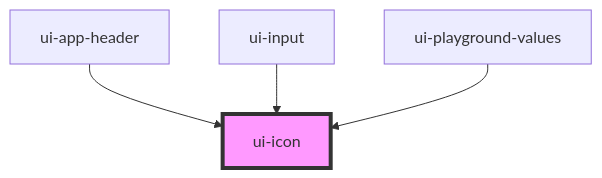
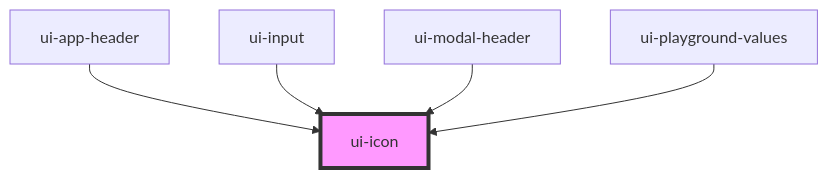
One commit to shahzad1970/psycho-ui changed the diagram in src/components/ui-icon/readme.md. Above: the diagram before and after it, drawn with Mermaid. The commit also changed other lines of this file and 112 other files, not shown here.

````diff
--- a/src/components/ui-icon/readme.md
+++ b/src/components/ui-icon/readme.md
@@ -27,7 +28,8 @@
 ```mermaid
 graph TD;
   ui-app-header --> ui-icon
   ui-input --> ui-icon
+  ui-modal-header --> ui-icon
   ui-playground-values --> ui-icon
   style ui-icon fill:#f9f,stroke:#333,stroke-width:4px
 ```
````
